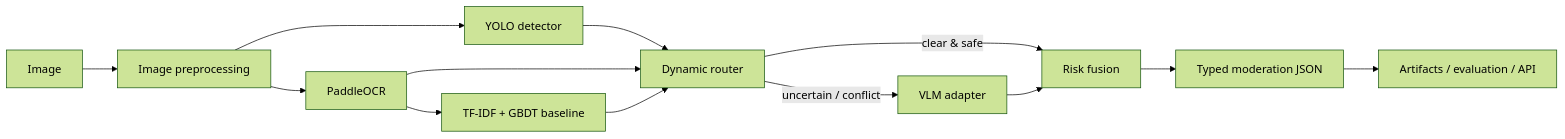
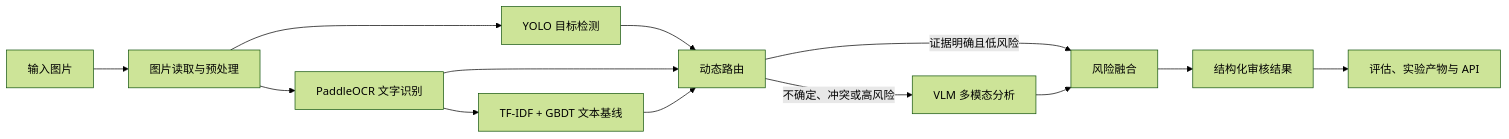
The diagram in README.md (qdjia/VisionGuard), drawn with Mermaid (forest theme) before and after one commit. The commit also changed other lines of this file and 3 other files, not shown here.

````diff
--- a/README.md
+++ b/README.md
@@ -11,15 +25,15 @@
 ```mermaid
 flowchart LR
-    I[Image] --> P[Image preprocessing]
-    P --> D[YOLO detector]
-    P --> O[PaddleOCR]
-    O --> B[TF-IDF + GBDT baseline]
-    D --> R[Dynamic router]
+    I[输入图片] --> P[图片读取与预处理]
+    P --> D[YOLO 目标检测]
+    P --> O[PaddleOCR 文字识别]
+    O --> B[TF-IDF + GBDT 文本基线]
+    D --> R[动态路由]
     O --> R
     B --> R
-    R -->|clear & safe| F[Risk fusion]
-    R -->|uncertain / conflict| V[VLM adapter]
+    R -->|证据明确且低风险| F[风险融合]
+    R -->|不确定、冲突或高风险| V[VLM 多模态分析]
     V --> F
-    F --> J[Typed moderation JSON]
-    J --> A[Artifacts / evaluation / API]
+    F --> J[结构化审核结果]
+    J --> A[评估、实验产物与 API]
 ```
````
